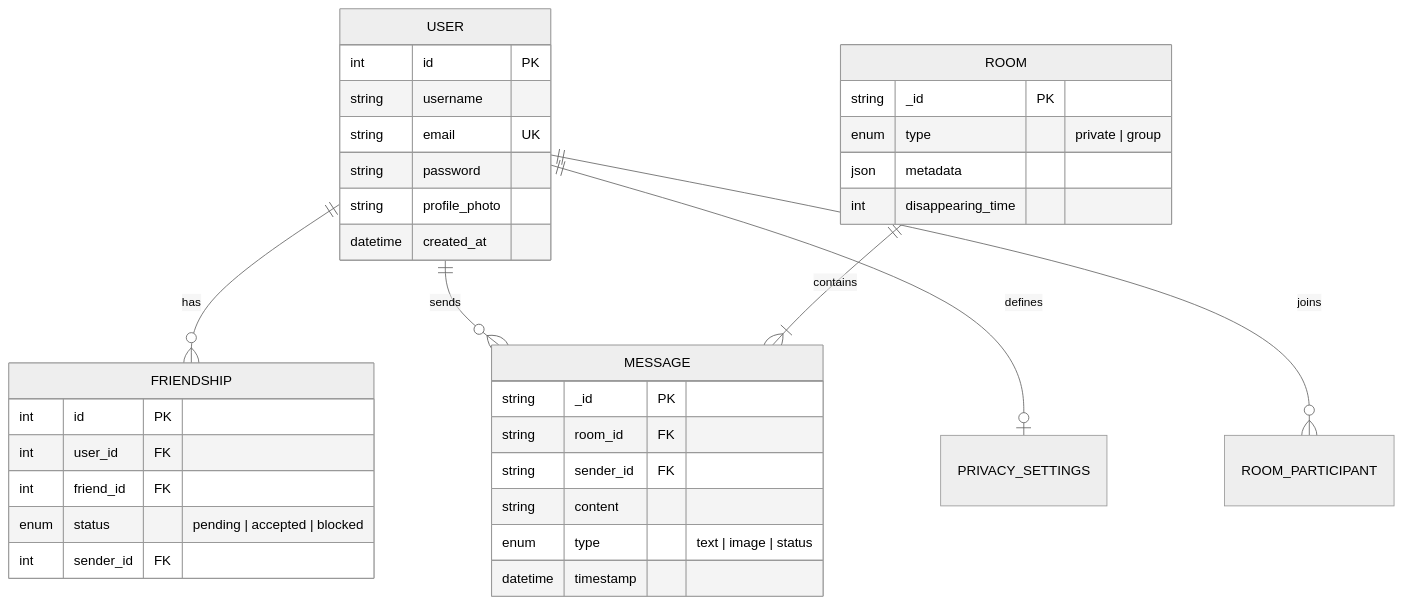
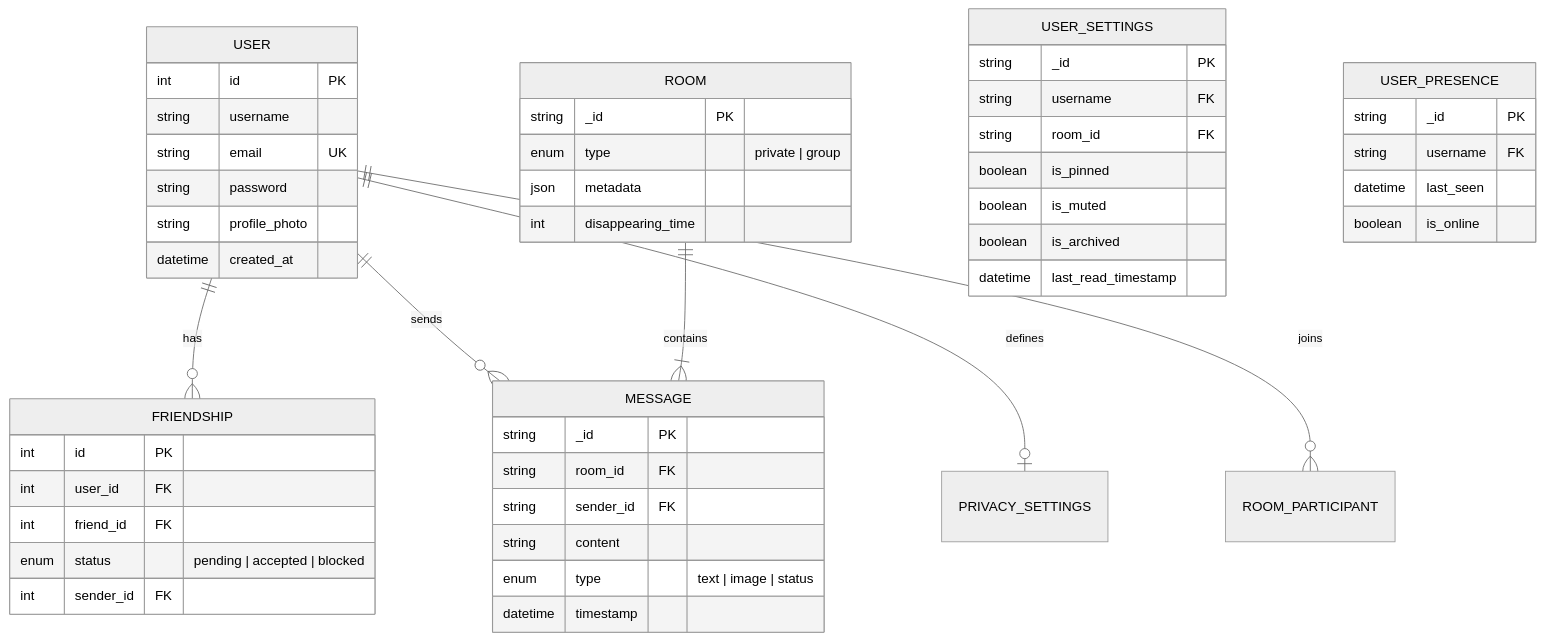
One commit to Narendrakaduru/pingora changed the third of 5 diagrams in ARCHITECTURE.md. Above: the diagram before and after it, drawn with Mermaid (neutral theme). The commit also changed other lines of this file and 1 other file, not shown here.

Commit message:
Comprehensive documentation and architecture diagrams update

````diff
--- a/ARCHITECTURE.md
+++ b/ARCHITECTURE.md
@@ -64,41 +70,58 @@
 ```mermaid
 erDiagram
     USER ||--o{ FRIENDSHIP : "has"
     USER ||--o{ MESSAGE : "sends"
     USER ||--o| PRIVACY_SETTINGS : "defines"
     ROOM ||--|{ MESSAGE : "contains"
     USER ||--o{ ROOM_PARTICIPANT : "joins"
 
     USER {
         int id PK
         string username
         string email UK
         string password
         string profile_photo
         datetime created_at
     }
 
     FRIENDSHIP {
         int id PK
         int user_id FK
         int friend_id FK
         enum status "pending | accepted | blocked"
         int sender_id FK
     }
 
     MESSAGE {
         string _id PK
         string room_id FK
         string sender_id FK
         string content
         enum type "text | image | status"
         datetime timestamp
     }
 
     ROOM {
         string _id PK
         enum type "private | group"
         json metadata
         int disappearing_time
     }
+
+    USER_SETTINGS {
+        string _id PK
+        string username FK
+        string room_id FK
+        boolean is_pinned
+        boolean is_muted
+        boolean is_archived
+        datetime last_read_timestamp
+    }
+
+    USER_PRESENCE {
+        string _id PK
+        string username FK
+        datetime last_seen
+        boolean is_online
+    }
 ```
````
